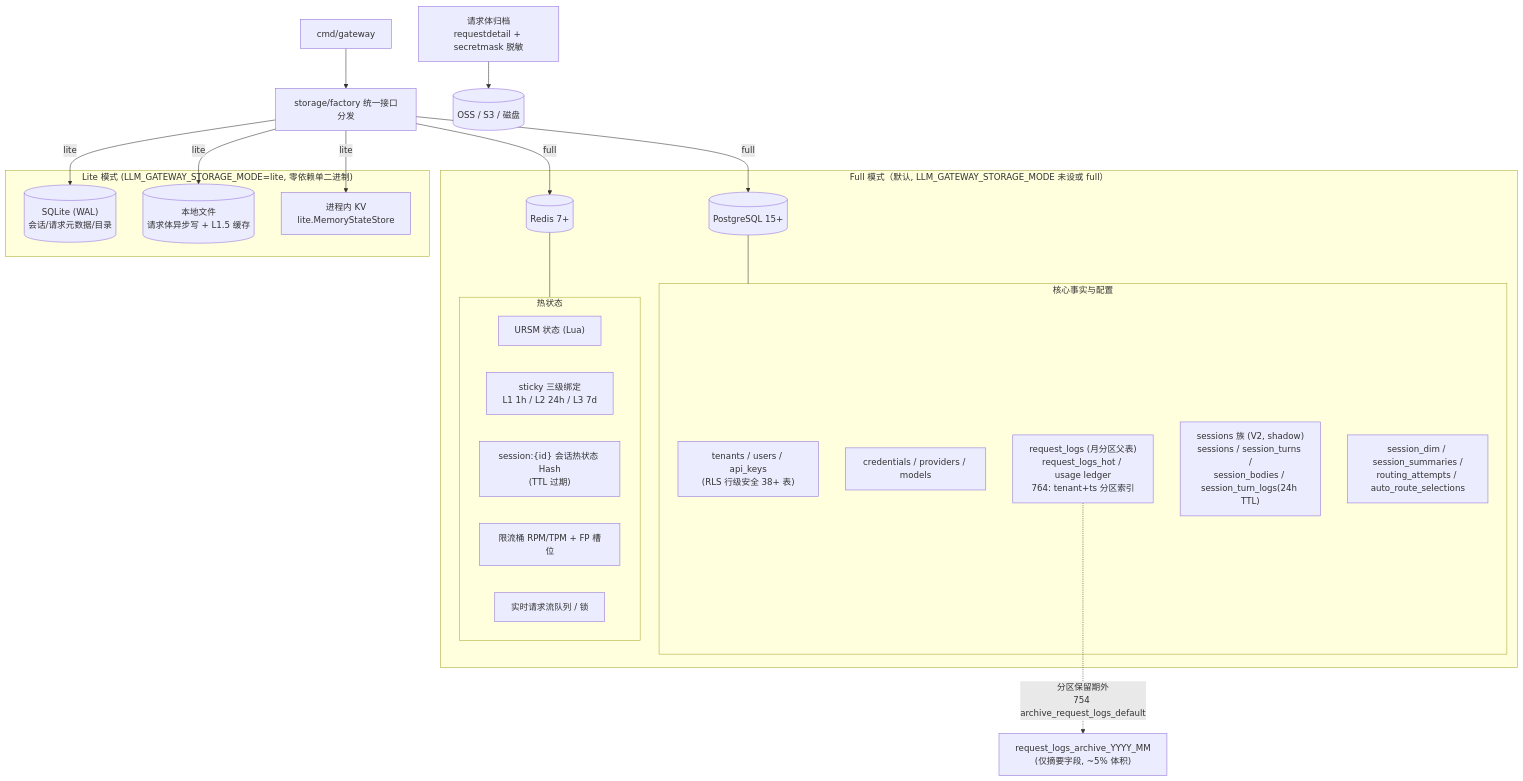
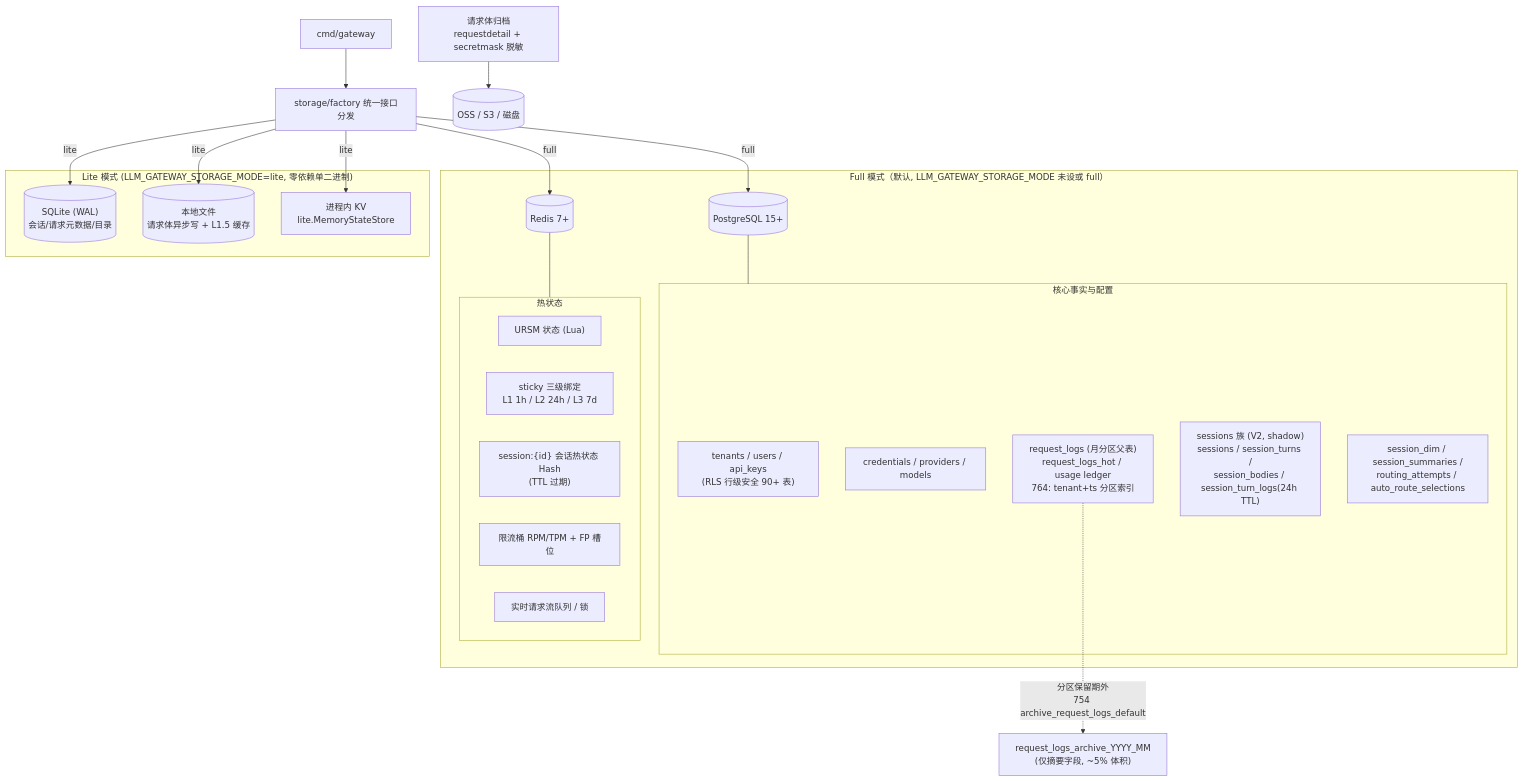
Before and after one commit to halfking/ai-native-gateway-core: the sixth of 9 diagrams in docs/architecture-diagrams.md, drawn with Mermaid. The commit also changed other lines of this file and 3638 other files, not shown here.

````diff
--- a/docs/architecture-diagrams.md
+++ b/docs/architecture-diagrams.md
@@ -251,39 +251,39 @@
 ```mermaid
 graph TB
     subgraph full["Full 模式（默认, LLM_GATEWAY_STORAGE_MODE 未设或 full）"]
         PGX[("PostgreSQL 15+")]
         subgraph pgtables["核心事实与配置"]
-            TENANTS["tenants / users / api_keys<br/>(RLS 行级安全 38+ 表)"]
+            TENANTS["tenants / users / api_keys<br/>(RLS 行级安全 90+ 表)"]
             CREDS["credentials / providers / models"]
             REQLOGS["request_logs (月分区父表)<br/>request_logs_hot / usage ledger<br/>764: tenant+ts 分区索引"]
             SESSPG["sessions 族 (V2, shadow)<br/>sessions / session_turns /<br/>session_bodies / session_turn_logs(24h TTL)"]
             DIMS["session_dim / session_summaries /<br/>routing_attempts / auto_route_selections"]
         end
         PGX --- pgtables
         REDISX[("Redis 7+")]
         subgraph rediskeys["热状态"]
             URSMR["URSM 状态 (Lua)"]
             STICKYR["sticky 三级绑定<br/>L1 1h / L2 24h / L3 7d"]
             SESSR["session:{id} 会话热状态 Hash<br/>(TTL 过期)"]
             LIMITR["限流桶 RPM/TPM + FP 槽位"]
             QUEUES["实时请求流队列 / 锁"]
         end
         REDISX --- rediskeys
     end
 
     subgraph lite["Lite 模式 (LLM_GATEWAY_STORAGE_MODE=lite, 零依赖单二进制)"]
         SQLITE[("SQLite (WAL)<br/>会话/请求元数据/目录")]
         FILES[("本地文件<br/>请求体异步写 + L1.5 缓存")]
         MEMKV["进程内 KV<br/>lite.MemoryStateStore"]
     end
 
     FACT["storage/factory 统一接口分发"] -->|"full"| PGX
     FACT -->|"full"| REDISX
     FACT -->|"lite"| SQLITE
     FACT -->|"lite"| FILES
     FACT -->|"lite"| MEMKV
     GWPROC["cmd/gateway"] --> FACT
 
     ARCH["请求体归档<br/>requestdetail + secretmask 脱敏"] --> OSS[("OSS / S3 / 磁盘")]
     REQLOGS -.->|"分区保留期外<br/>754 archive_request_logs_default"| ARCHT["request_logs_archive_YYYY_MM<br/>(仅摘要字段, ~5% 体积)"]
 ```
````
